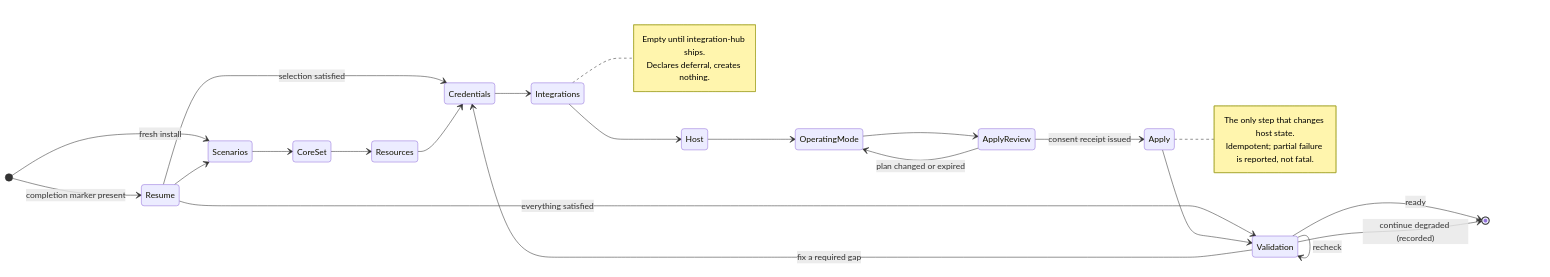
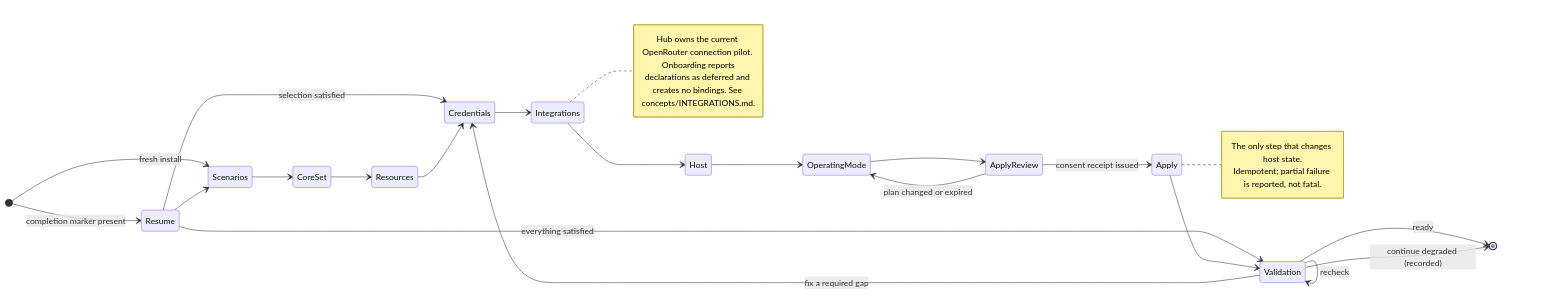
One commit to Vrooli/Vrooli changed the first of 4 diagrams in scenarios/vrooli-onboarding/docs/WIZARD_FLOW.md. Above: the diagram before and after it, drawn with Mermaid. The commit also changed other lines of this file and 284 other files, not shown here.

````diff
--- a/scenarios/vrooli-onboarding/docs/WIZARD_FLOW.md
+++ b/scenarios/vrooli-onboarding/docs/WIZARD_FLOW.md
@@ -60,34 +60,34 @@
 ```mermaid
 stateDiagram-v2
   direction LR
   [*] --> Scenarios: fresh install
   [*] --> Resume: completion marker present
 
   Resume --> Scenarios
   Resume --> Credentials: selection satisfied
   Resume --> Validation: everything satisfied
 
   Scenarios --> CoreSet
   CoreSet --> Resources
   Resources --> Credentials
   Credentials --> Integrations
   Integrations --> Host
   Host --> OperatingMode
   OperatingMode --> ApplyReview
   ApplyReview --> Apply: consent receipt issued
   ApplyReview --> OperatingMode: plan changed or expired
   Apply --> Validation
   Validation --> [*]: ready
   Validation --> Validation: recheck
   Validation --> [*]: continue degraded (recorded)
   Validation --> Credentials: fix a required gap
 
   note right of Integrations
-    Empty until integration-hub ships.
-    Declares deferral, creates nothing.
+    Hub owns the current OpenRouter connection pilot. Onboarding reports
+    declarations as deferred and creates no bindings. See concepts/INTEGRATIONS.md.
   end note
   note right of Apply
     The only step that changes host state.
     Idempotent; partial failure is reported, not fatal.
   end note
 ```
````
